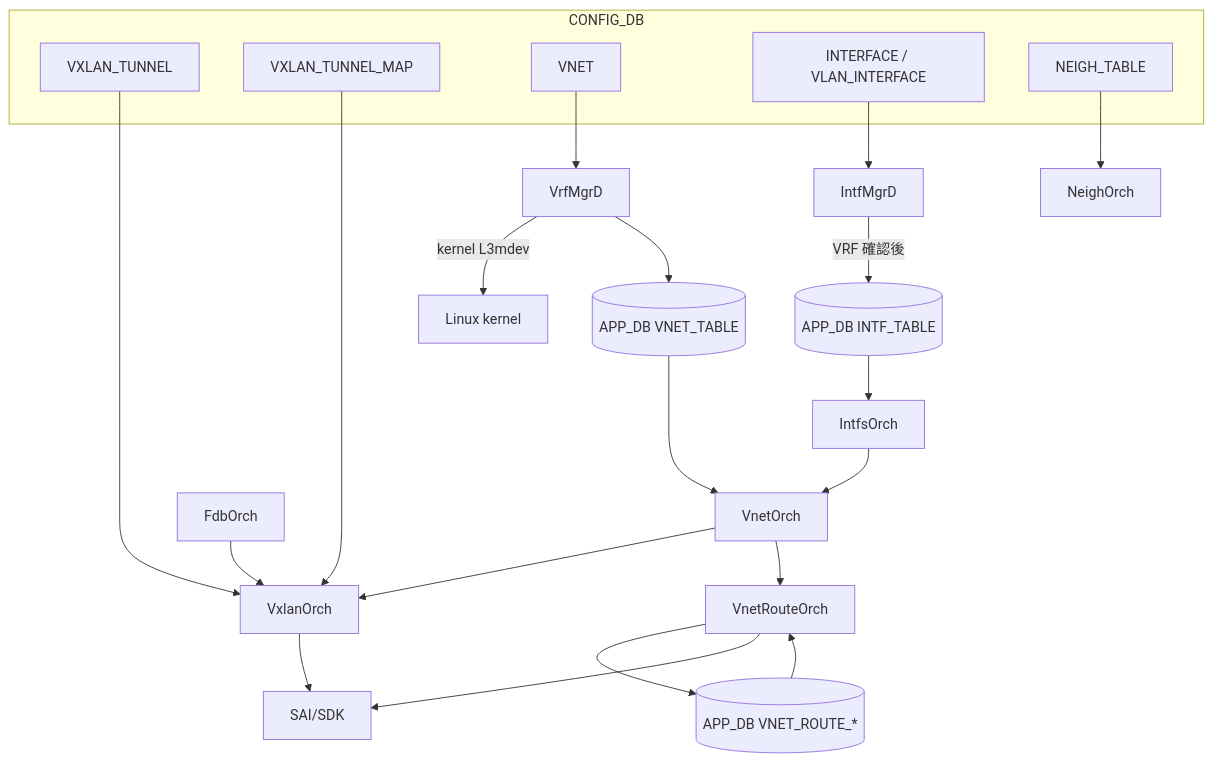
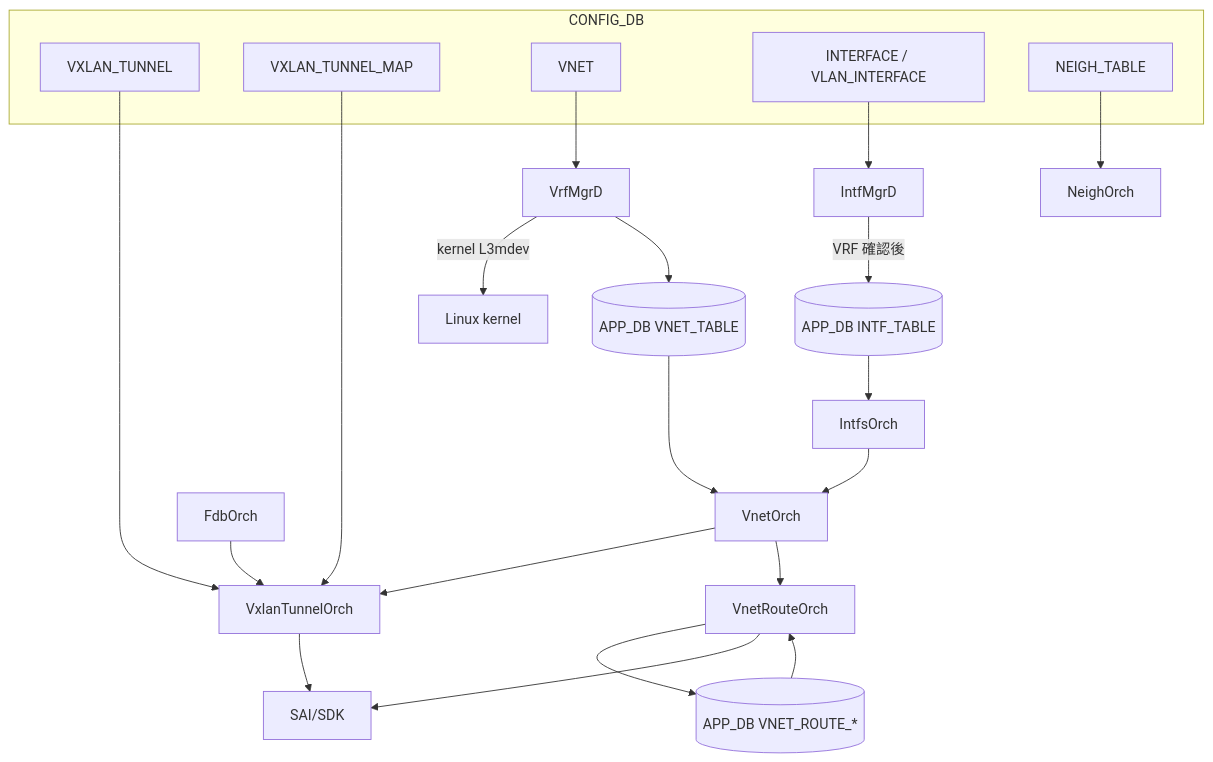
The diagram in docs/overlay/vxlan-sonic.md (aoki-taquan/sonic-unofficial-docs), drawn with Mermaid before and after one commit. The commit also changed other lines of this file and 20 other files, not shown here.

````diff
--- a/docs/overlay/vxlan-sonic.md
+++ b/docs/overlay/vxlan-sonic.md
@@ -83,28 +78,28 @@
 ```mermaid
 flowchart TB
     subgraph CONFIG_DB
       VXT[VXLAN_TUNNEL]
       VXM[VXLAN_TUNNEL_MAP]
       VNET[VNET]
       INTF[INTERFACE / VLAN_INTERFACE]
       NEIGH[NEIGH_TABLE]
     end
     VNET --> VRFM[VrfMgrD]
     VRFM -->|kernel L3mdev| KERN[Linux kernel]
     VRFM --> VNETT[(APP_DB VNET_TABLE)]
     VNETT --> VNO[VnetOrch]
     INTF --> IM[IntfMgrD]
     IM -->|VRF 確認後| ITT[(APP_DB INTF_TABLE)]
     ITT --> IO[IntfsOrch]
     IO --> VNO
-    VXT --> VXO[VxlanOrch]
+    VXT --> VXO[VxlanTunnelOrch]
     VXM --> VXO
     NEIGH --> NB[NeighOrch]
     VNO --> VXO
     VNO --> VRO[VnetRouteOrch]
     VRO --> APPR[(APP_DB VNET_ROUTE_*)]
     APPR --> VRO
     VRO --> SAI[SAI/SDK]
     VXO --> SAI
     FDB[FdbOrch] --> VXO
 ```
````
